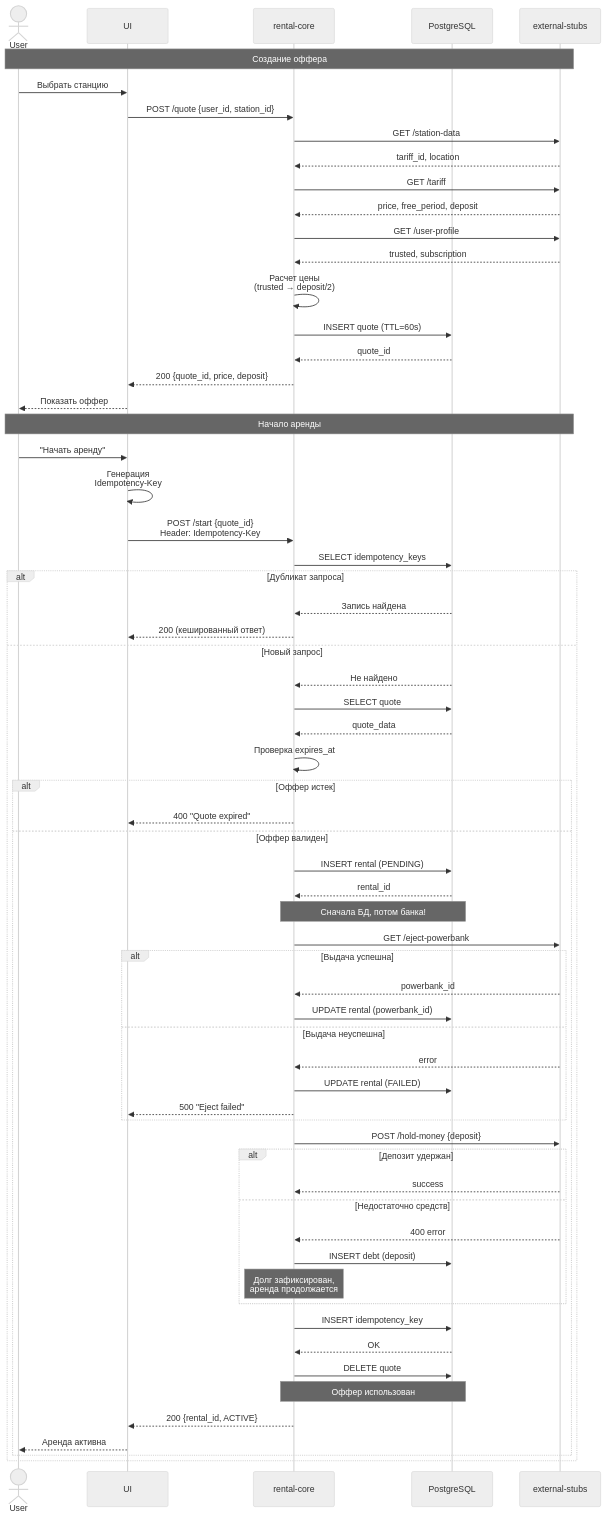
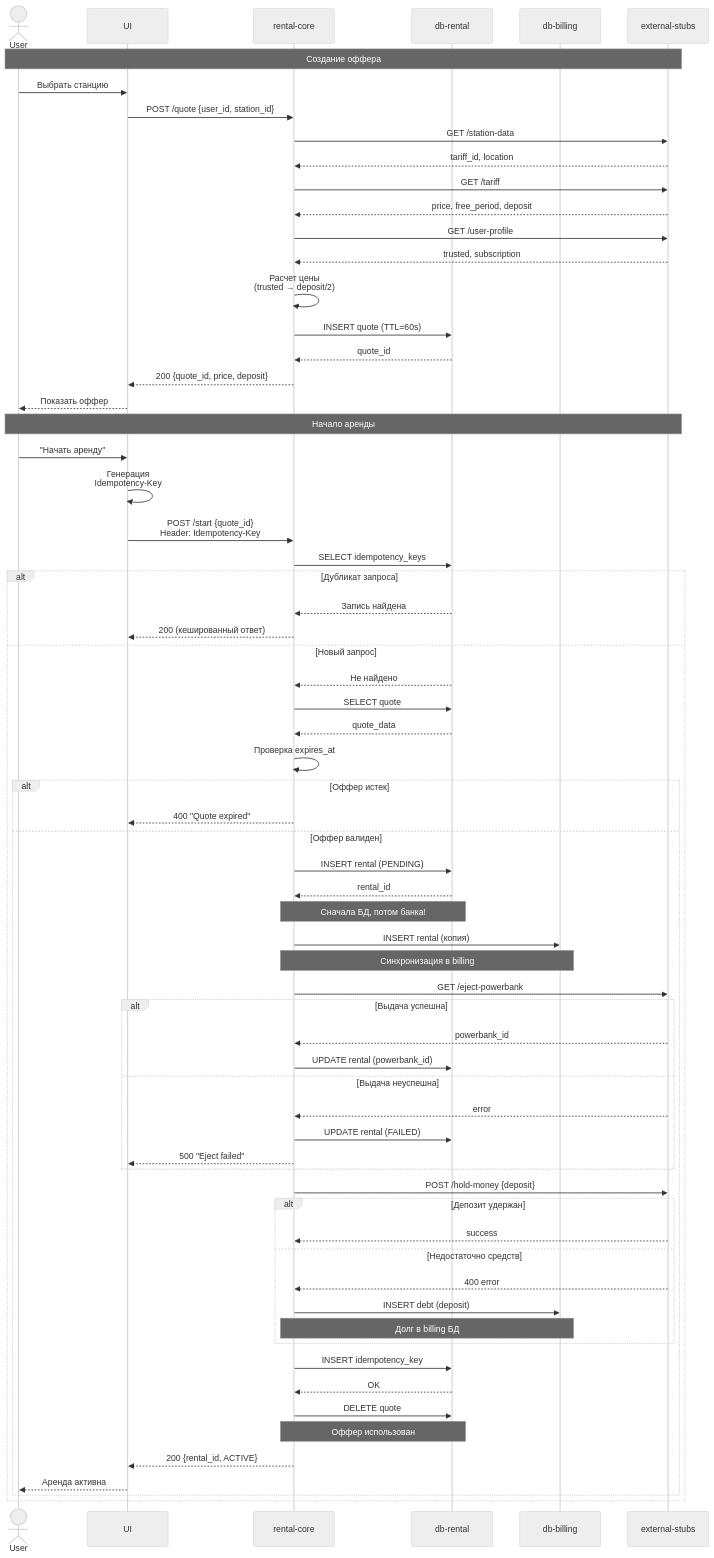
Before and after one commit to AlexanderExp/SysDesign-HW-1: the diagram in diagrams/02-create-rental-flow.md, drawn with Mermaid (neutral theme). The commit also changed 6 other files, not shown here.

Commit message:
Updated diagrams

```diff
--- a/diagrams/02-create-rental-flow.md
+++ b/diagrams/02-create-rental-flow.md
@@ -7,7 +7,8 @@
     actor User
     participant UI
     participant RC as rental-core
-    participant PG as PostgreSQL
+    participant PGR as db-rental
+    participant PGB as db-billing
     participant ES as external-stubs
     
     Note over User,ES: Создание оффера
@@ -26,8 +27,8 @@
     
     RC->>RC: Расчет цены<br/>(trusted → deposit/2)
     
-    RC->>PG: INSERT quote (TTL=60s)
-    PG-->>RC: quote_id
+    RC->>PGR: INSERT quote (TTL=60s)
+    PGR-->>RC: quote_id
     
     RC-->>UI: 200 {quote_id, price, deposit}
     UI-->>User: Показать оффер
@@ -38,32 +39,35 @@
     UI->>UI: Генерация<br/>Idempotency-Key
     UI->>RC: POST /start {quote_id}<br/>Header: Idempotency-Key
     
-    RC->>PG: SELECT idempotency_keys
+    RC->>PGR: SELECT idempotency_keys
     alt Дубликат запроса
-        PG-->>RC: Запись найдена
+        PGR-->>RC: Запись найдена
         RC-->>UI: 200 (кешированный ответ)
     else Новый запрос
-        PG-->>RC: Не найдено
+        PGR-->>RC: Не найдено
         
-        RC->>PG: SELECT quote
-        PG-->>RC: quote_data
+        RC->>PGR: SELECT quote
+        PGR-->>RC: quote_data
         
         RC->>RC: Проверка expires_at
         
         alt Оффер истек
             RC-->>UI: 400 "Quote expired"
         else Оффер валиден
-            RC->>PG: INSERT rental (PENDING)
-            PG-->>RC: rental_id
-            Note over RC,PG: Сначала БД, потом банка!
+            RC->>PGR: INSERT rental (PENDING)
+            PGR-->>RC: rental_id
+            Note over RC,PGR: Сначала БД, потом банка!
+            
+            RC->>PGB: INSERT rental (копия)
+            Note over RC,PGB: Синхронизация в billing
             
             RC->>ES: GET /eject-powerbank
             alt Выдача успешна
                 ES-->>RC: powerbank_id
-                RC->>PG: UPDATE rental (powerbank_id)
+                RC->>PGR: UPDATE rental (powerbank_id)
             else Выдача неуспешна
                 ES-->>RC: error
-                RC->>PG: UPDATE rental (FAILED)
+                RC->>PGR: UPDATE rental (FAILED)
                 RC-->>UI: 500 "Eject failed"
             end
             
@@ -72,15 +76,15 @@
                 ES-->>RC: success
             else Недостаточно средств
                 ES-->>RC: 400 error
-                RC->>PG: INSERT debt (deposit)
-                Note over RC: Долг зафиксирован,<br/>аренда продолжается
+                RC->>PGB: INSERT debt (deposit)
+                Note over RC,PGB: Долг в billing БД
             end
             
-            RC->>PG: INSERT idempotency_key
-            PG-->>RC: OK
+            RC->>PGR: INSERT idempotency_key
+            PGR-->>RC: OK
             
-            RC->>PG: DELETE quote
-            Note over RC,PG: Оффер использован
+            RC->>PGR: DELETE quote
+            Note over RC,PGR: Оффер использован
             
             RC-->>UI: 200 {rental_id, ACTIVE}
             UI-->>User: Аренда активна
```
